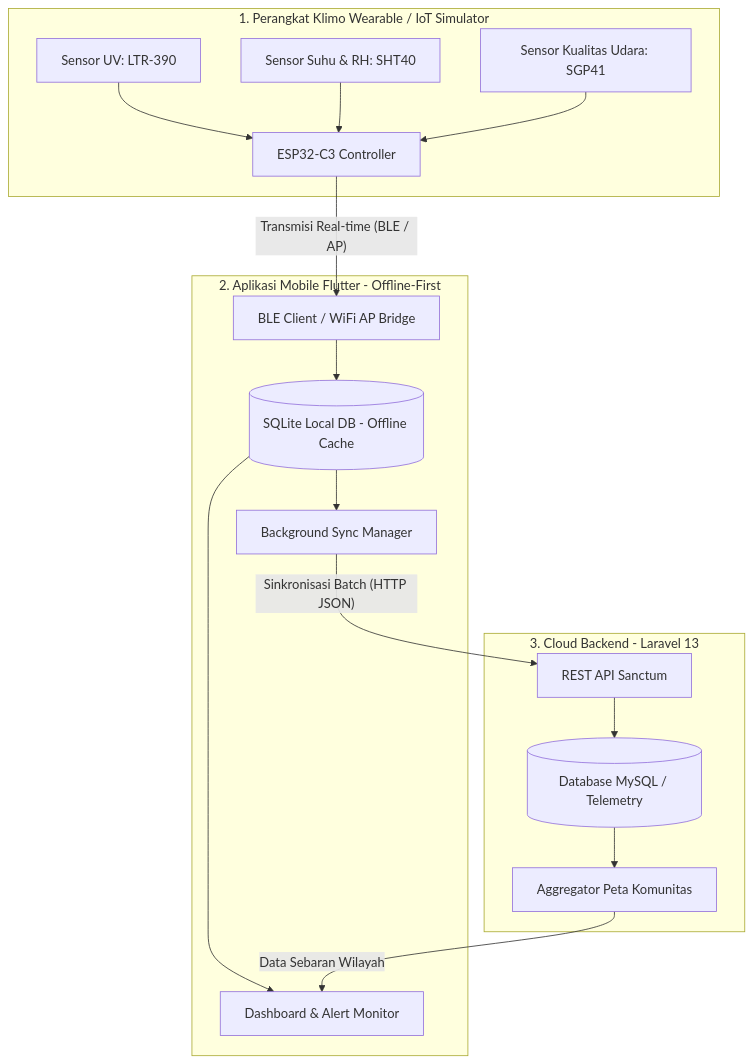
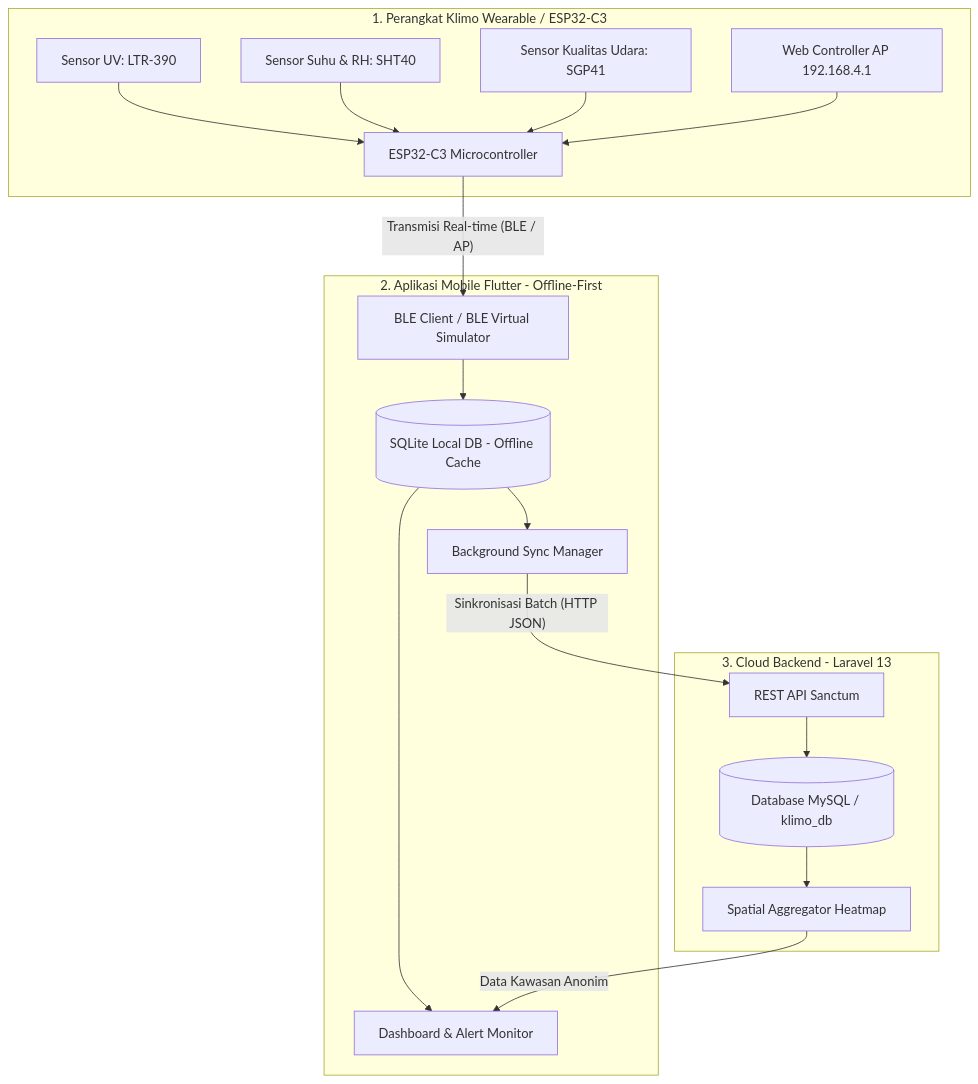
The first of 2 diagrams in README.md (Ronaltama/KlimoApp), drawn with Mermaid before and after one commit. The commit also changed other lines of this file and 21 other files, not shown here.

````diff
--- a/README.md
+++ b/README.md
@@ -29,37 +46,39 @@
 ```mermaid
 graph TD
-    subgraph Hardware [1. Perangkat Klimo Wearable / IoT Simulator]
-        ESP[ESP32-C3 Controller]
+    subgraph Hardware [1. Perangkat Klimo Wearable / ESP32-C3]
+        ESP[ESP32-C3 Microcontroller]
         S1[Sensor UV: LTR-390]
         S2[Sensor Suhu & RH: SHT40]
         S3[Sensor Kualitas Udara: SGP41]
+        WEB[Web Controller AP 192.168.4.1]
         
         S1 --> ESP
         S2 --> ESP
         S3 --> ESP
+        WEB --> ESP
     end
 
     subgraph Mobile [2. Aplikasi Mobile Flutter - Offline-First]
-        BLE_G[BLE Client / WiFi AP Bridge]
+        BLE_G[BLE Client / BLE Virtual Simulator]
         LocalDB[(SQLite Local DB - Offline Cache)]
         UI[Dashboard & Alert Monitor]
         SyncMgr[Background Sync Manager]
         
         BLE_G --> LocalDB
         LocalDB --> UI
         LocalDB --> SyncMgr
     end
 
     subgraph Backend [3. Cloud Backend - Laravel 13]
         API[REST API Sanctum]
-        DB[(Database MySQL / Telemetry)]
-        Heatmap[Aggregator Peta Komunitas]
+        DB[(Database MySQL / klimo_db)]
+        Heatmap[Spatial Aggregator Heatmap]
         
         API --> DB
         DB --> Heatmap
     end
 
     ESP -- "Transmisi Real-time (BLE / AP)" --> BLE_G
     SyncMgr -- "Sinkronisasi Batch (HTTP JSON)" --> API
-    Heatmap -- "Data Sebaran Wilayah" --> UI
+    Heatmap -- "Data Kawasan Anonim" --> UI
 ```
````
